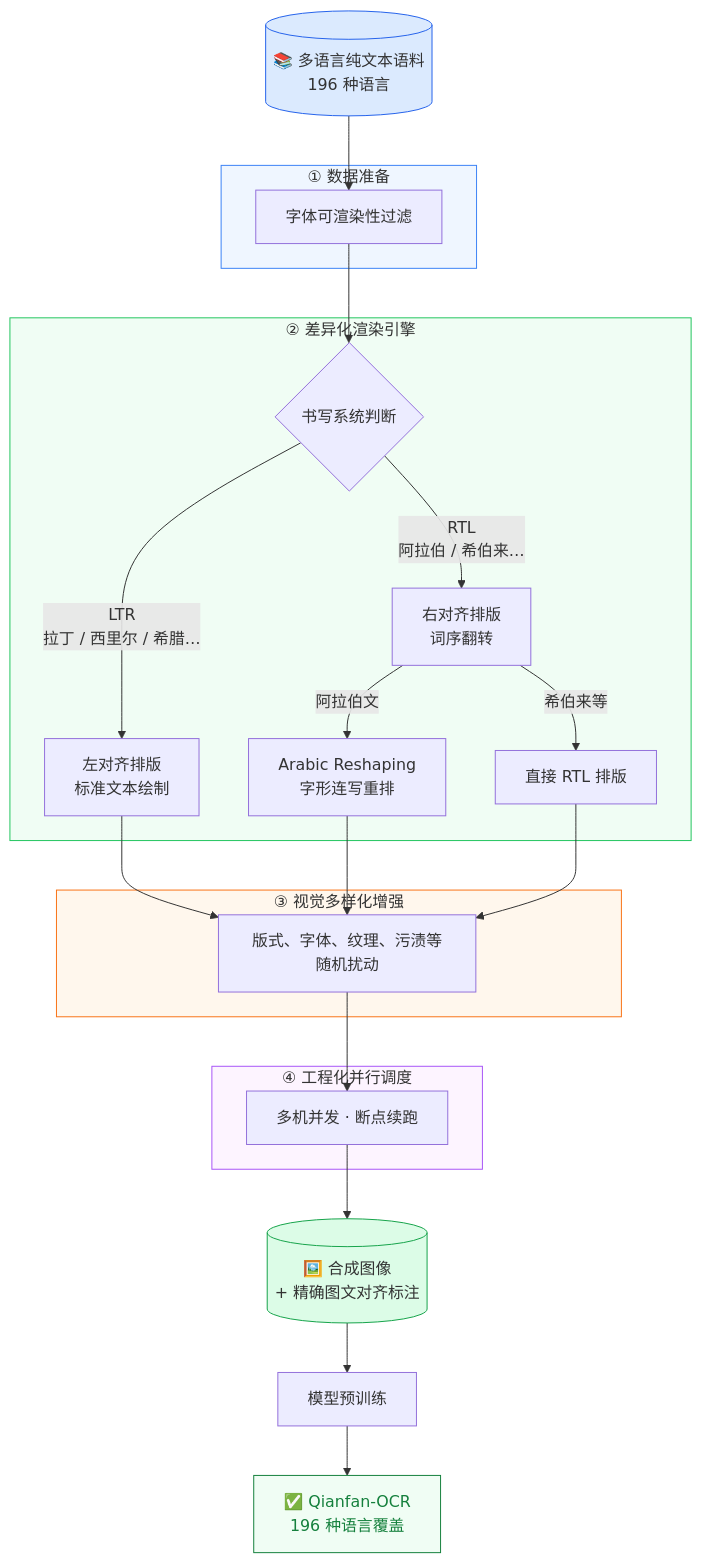
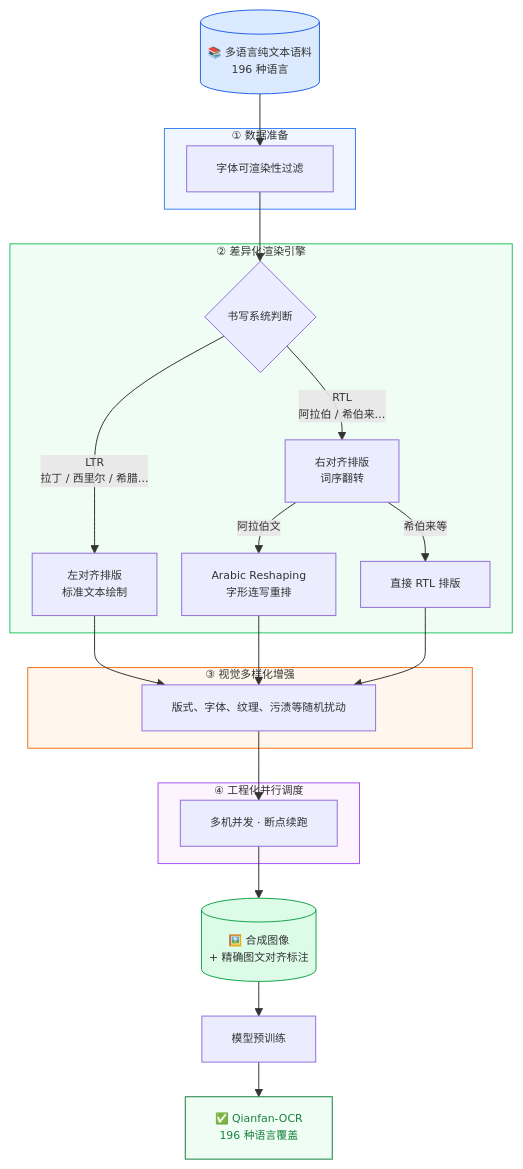
Before and after one commit to RuoyunHe/qianfanocr-blogs: the diagram in qianfan/multilingual_ocr/multilingual-ocr-synthesis.md, drawn with Mermaid. The commit also changed other lines of this file and 1 other file, not shown here.

Commit message:
change img size

````diff
--- a/qianfan/multilingual_ocr/multilingual-ocr-synthesis.md
+++ b/qianfan/multilingual_ocr/multilingual-ocr-synthesis.md
@@ -11,44 +11,45 @@
 ```mermaid
+%%{init: {'theme': 'default', 'themeVariables': {'fontSize': '11px'}, 'flowchart': {'nodeSpacing': 25, 'rankSpacing': 35}}}%%
 flowchart TD
     A[("📚 多语言纯文本语料\n196 种语言")]
 
     A --> B
 
     subgraph PREP ["① 数据准备"]
         B["字体可渲染性过滤"]
     end
 
     B --> C
 
     subgraph RENDER ["② 差异化渲染引擎"]
         C{"书写系统判断"}
         C -->|"LTR\n拉丁 / 西里尔 / 希腊…"| D["左对齐排版\n标准文本绘制"]
         C -->|"RTL\n阿拉伯 / 希伯来…"| E["右对齐排版\n词序翻转"]
         E -->|"阿拉伯文"| F["Arabic Reshaping\n字形连写重排"]
         E -->|"希伯来等"| G["直接 RTL 排版"]
     end
 
     D & F & G --> H
 
     subgraph AUG ["③ 视觉多样化增强"]
         H["版式、字体、纹理、污渍等随机扰动"]
     end
 
     H --> I
 
     subgraph ENG ["④ 工程化并行调度"]
         I["多机并发 · 断点续跑"]
     end
 
     I --> J[("🖼️  合成图像\n+ 精确图文对齐标注")]
     J --> K["模型预训练"]
     K --> L["✅ Qianfan-OCR\n196 种语言覆盖"]
 
     style PREP fill:#EFF6FF,stroke:#3B82F6
     style RENDER fill:#F0FDF4,stroke:#22C55E
     style AUG fill:#FFF7ED,stroke:#F97316
     style ENG fill:#FDF4FF,stroke:#A855F7
     style A fill:#DBEAFE,stroke:#2563EB
     style J fill:#DCFCE7,stroke:#16A34A
     style L fill:#F0FDF4,stroke:#15803D,color:#15803D
 ```
````
